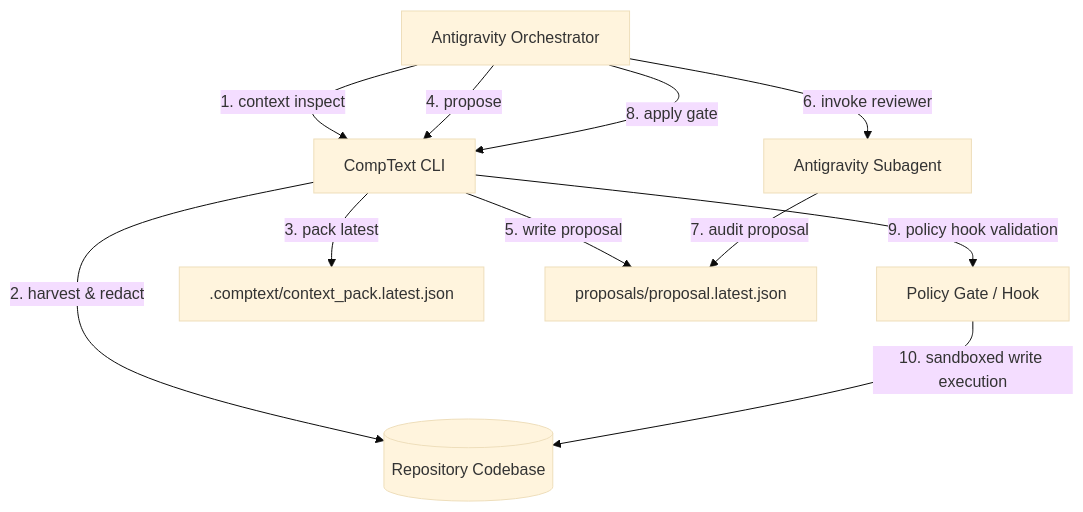
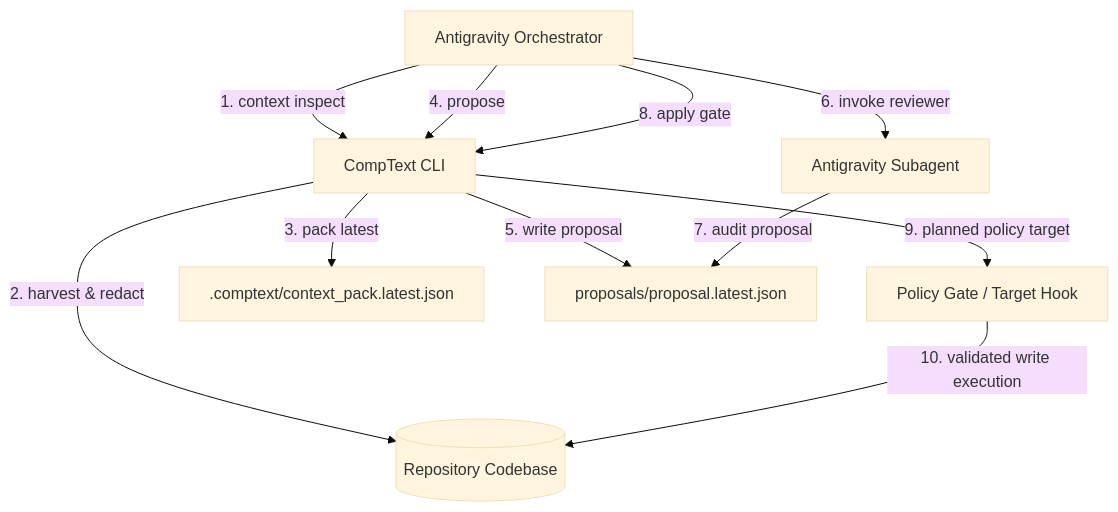
Before and after one commit to ProfRandom92/comptext-cli: the diagram in docs/ANTIGRAVITY_CLI_INTEGRATION.md, drawn with Mermaid (base theme). The commit also changed 2 other files, not shown here.

Commit message:
Remove final active-runtime governance claims

````diff
--- a/docs/ANTIGRAVITY_CLI_INTEGRATION.md
+++ b/docs/ANTIGRAVITY_CLI_INTEGRATION.md
@@ -23,19 +23,19 @@
 ```mermaid
 flowchart TD
     subagent[Antigravity Subagent]
     agent[Antigravity Orchestrator]
     ctxt[CompText CLI]
     repo[(Repository Codebase)]
-    policy[Policy Gate / Hook]
+    policy[Policy Gate / Target Hook]
 
     agent -->|1. context inspect| ctxt
     ctxt -->|2. harvest & redact| repo
     ctxt -->|3. pack latest| pack[.comptext/context_pack.latest.json]
     agent -->|4. propose| ctxt
     ctxt -->|5. write proposal| prop[proposals/proposal.latest.json]
     agent -->|6. invoke reviewer| subagent
     subagent -->|7. audit proposal| prop
     agent -->|8. apply gate| ctxt
-    ctxt -->|9. policy hook validation| policy
-    policy -->|10. sandboxed write execution| repo
+    ctxt -->|9. planned policy target| policy
+    policy -->|10. validated write execution| repo
 ```
````
